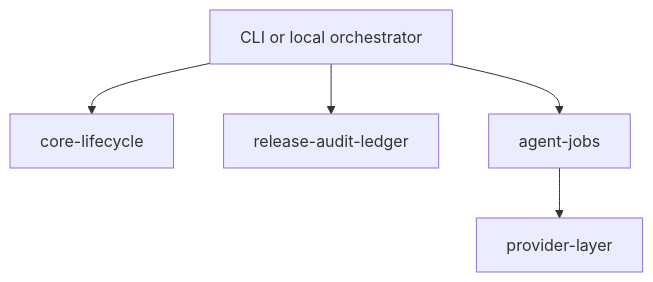
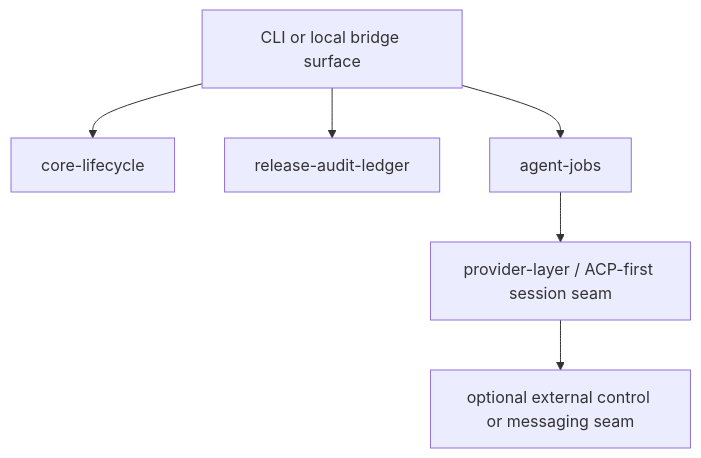
The diagram in docs/specifications/architecture/07_Agent_Server_and_Execution_Topology.md (Audumla/AUDiaGentic), drawn with Mermaid before and after one commit. The commit also changed other lines of this file and 62 other files, not shown here.

Commit message:
docs: archive superseded pre-ACP provider and overlay line

````diff
--- a/docs/specifications/architecture/07_Agent_Server_and_Execution_Topology.md
+++ b/docs/specifications/architecture/07_Agent_Server_and_Execution_Topology.md
@@ -11,7 +14,8 @@
 ```mermaid
 flowchart TD
-    A[CLI or local orchestrator] --> B[core-lifecycle]
+    A[CLI or local bridge surface] --> B[core-lifecycle]
     A --> C[release-audit-ledger]
     A --> D[agent-jobs]
-    D --> E[provider-layer]
+    D --> E[provider-layer / ACP-first session seam]
+    E --> F[optional external control or messaging seam]
 ```
````
